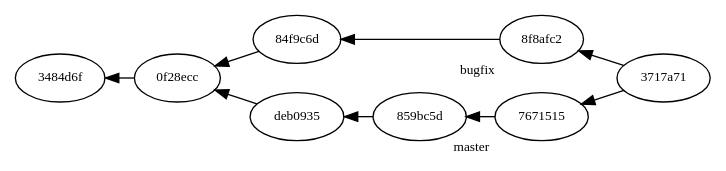
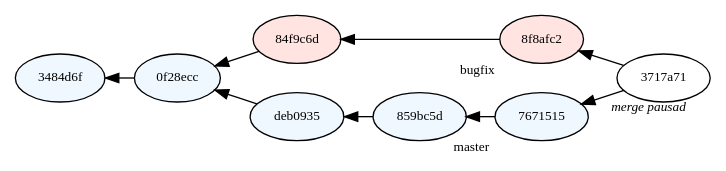
One commit to jonaskeisu/newton-sysg-op1 changed the diagram in lektioner/11-programmering-i-team/fig/merge.dot. Above: the diagram before and after it, drawn with Graphviz. The commit also changed 14 other files, not shown here.

```diff
--- a/lektioner/11-programmering-i-team/fig/merge.dot
+++ b/lektioner/11-programmering-i-team/fig/merge.dot
@@ -1,20 +1,20 @@
 digraph branch 
 {
   rankdir=LR
   ranksep=0.3
   nodesep=0.3
-  node [fontsize=10]
+  node [fontsize=10, style=filled]
   edge [dir = "back"]
-  c2 [label = "3484d6f"]
-  c3 [label = "0f28ecc"]
-  c4 [label = "84f9c6d"]
-  c5 [label = "8f8afc2", xlabel="bugfix"]
-  c6 [label = "deb0935"]
-  c7 [label = "859bc5d"]
-  c8 [label = "7671515", xlabel="master"]
-  c9 [label = "3717a71"]
+  c2 [label = "3484d6f", fillcolor=aliceblue]
+  c3 [label = "0f28ecc", fillcolor=aliceblue]
+  c4 [label = "84f9c6d", fillcolor=mistyrose]
+  c5 [label = "8f8afc2", xlabel="bugfix", fillcolor=mistyrose]
+  c6 [label = "deb0935", fillcolor=aliceblue]
+  c7 [label = "859bc5d", fillcolor=aliceblue]
+  c8 [label = "7671515", xlabel="master", fillcolor=aliceblue]
+  c9 [label = "3717a71", xlabel=<<I>merge pausad</I>>, fillcolor=none]
 
 
   c2 -> c3 -> c4 -> c5 -> c9
   c3 -> c6 -> c7  -> c8 -> c9
 }
```
